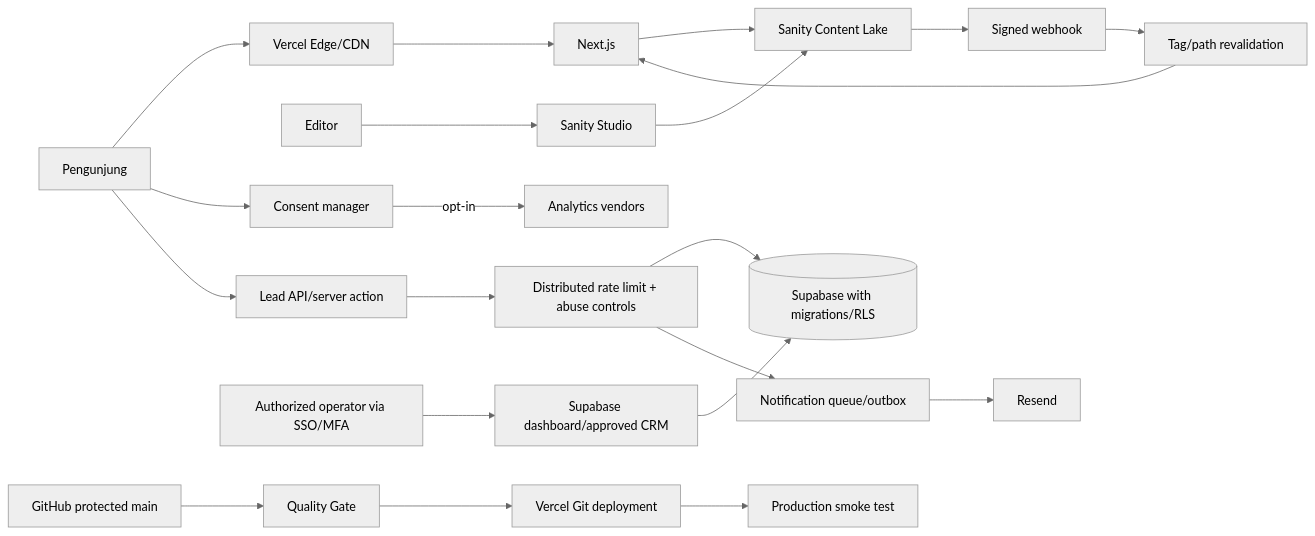
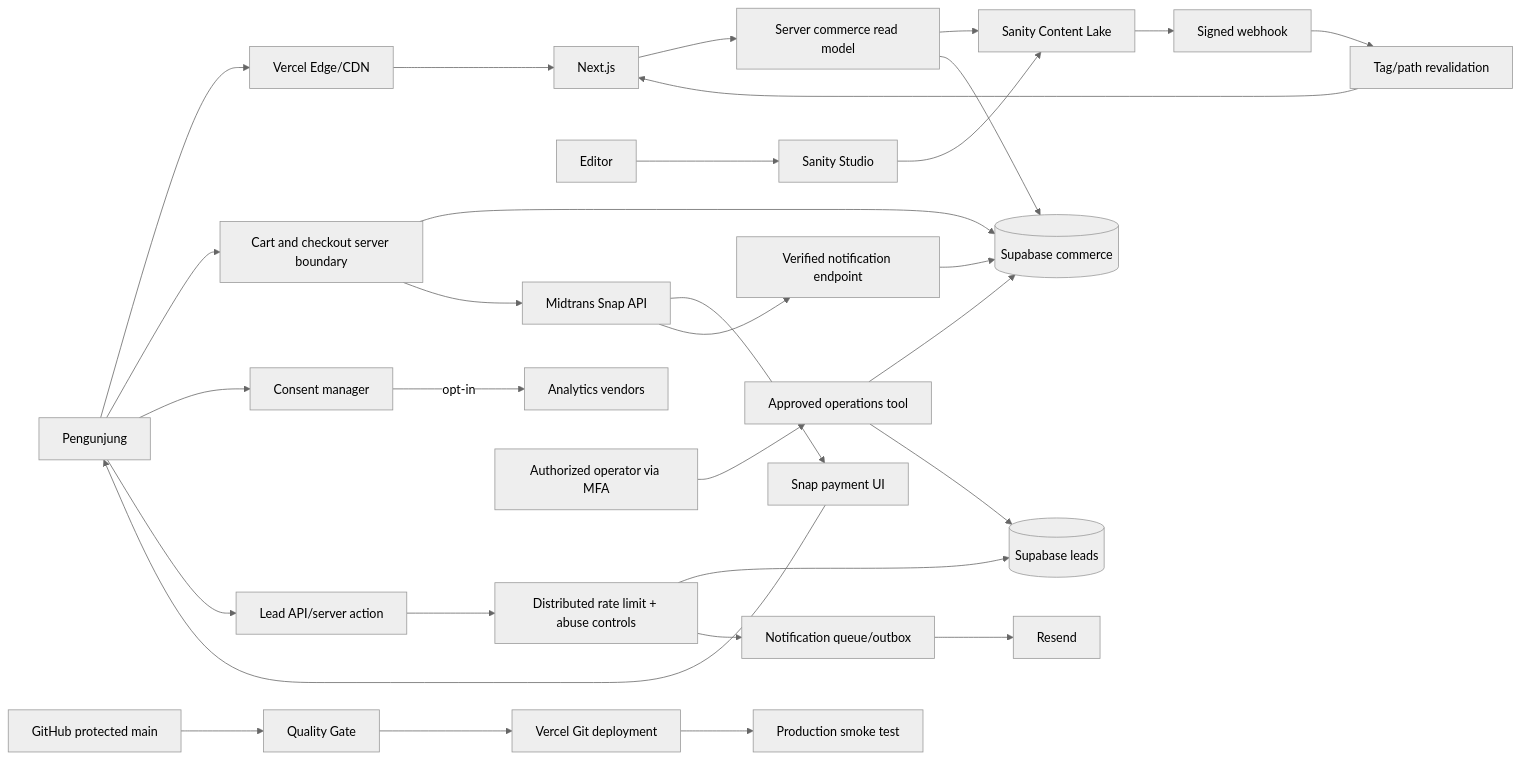
Before and after one commit to rikzacraft11-art/alfabeauty: the second of 2 diagrams in docs/PROJECT_SOURCE_OF_TRUTH.md, drawn with Mermaid (neutral theme). The commit also changed other lines of this file and 64 other files, not shown here.

Commit message:
feat: implement commerce module with Supabase database schema, Sanity CMS integration, and Midtrans payment processing support

````diff
--- a/docs/PROJECT_SOURCE_OF_TRUTH.md
+++ b/docs/PROJECT_SOURCE_OF_TRUTH.md
@@ -330,23 +571,33 @@
 ```mermaid
 flowchart LR
     U[Pengunjung] --> V[Vercel Edge/CDN]
     V --> N[Next.js]
-    N --> SC[Sanity Content Lake]
+    N --> RM[Server commerce read model]
+    RM --> SC[Sanity Content Lake]
+    RM --> DB[(Supabase commerce)]
     E[Editor] --> ST[Sanity Studio]
     ST --> SC
     SC --> WH[Signed webhook]
     WH --> RV[Tag/path revalidation]
     RV --> N
+    U --> CO[Cart and checkout server boundary]
+    CO --> DB
+    CO --> MT[Midtrans Snap API]
+    MT --> SN[Snap payment UI]
+    SN --> U
+    MT --> MW[Verified notification endpoint]
+    MW --> DB
     U --> C[Consent manager]
     C -->|opt-in| AN[Analytics vendors]
     U --> LA[Lead API/server action]
     LA --> DR[Distributed rate limit + abuse controls]
-    DR --> DB[(Supabase with migrations/RLS)]
+    DR --> LDB[(Supabase leads)]
     DR --> Q[Notification queue/outbox]
     Q --> RE[Resend]
-    O[Authorized operator via SSO/MFA] --> CRM[Supabase dashboard/approved CRM]
-    CRM --> DB
+    O[Authorized operator via MFA] --> OP[Approved operations tool]
+    OP --> DB
+    OP --> LDB
     GH[GitHub protected main] --> CI[Quality Gate]
     CI --> VG[Vercel Git deployment]
     VG --> SM[Production smoke test]
 ```
````
